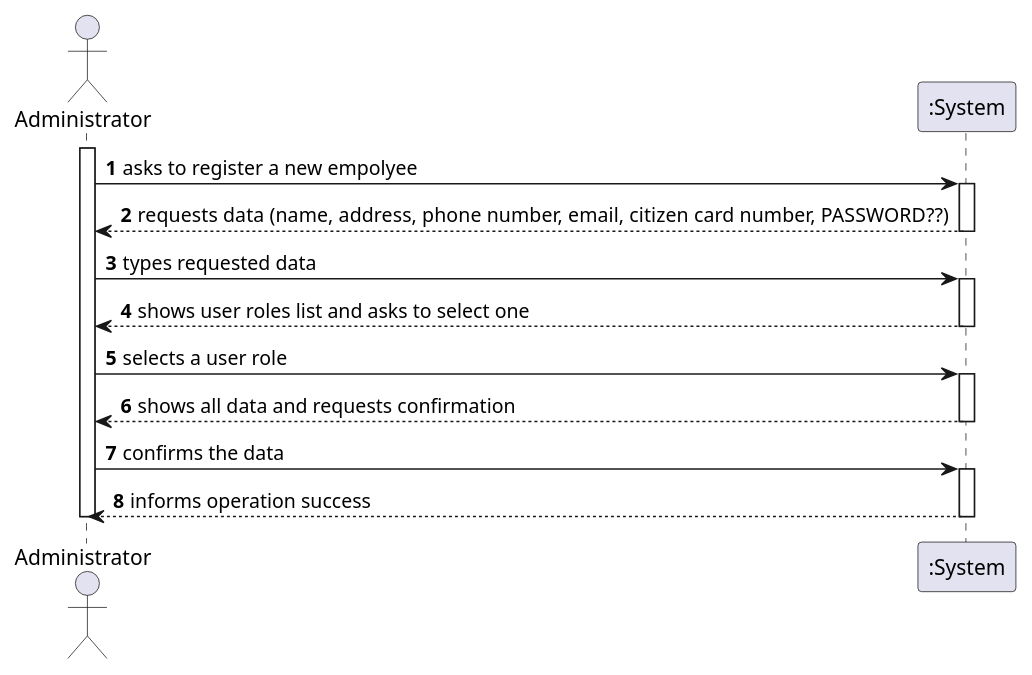
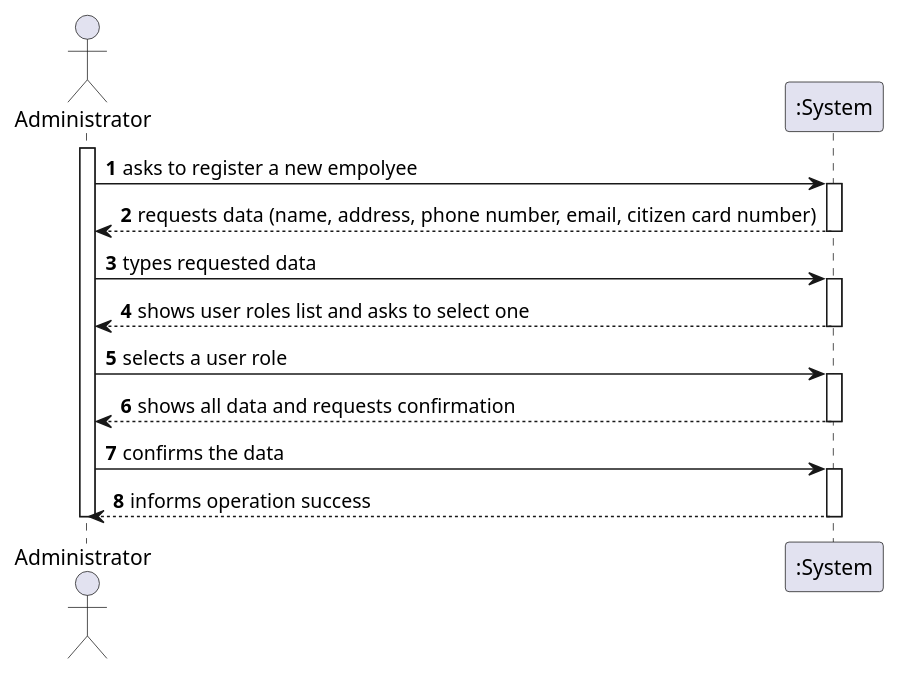
Before and after one commit to miseEnPlace-i/lapr2: the diagram in docs/SprintB/US10/SSD/US10_SSD.puml, drawn with PlantUML.

Commit message:
docs(us-10): updated ssd for random password

```diff
--- a/docs/SprintB/US10/SSD/US10_SSD.puml
+++ b/docs/SprintB/US10/SSD/US10_SSD.puml
@@ -1,28 +1,28 @@
 @startuml US10_SSD
 autonumber
 actor "Administrator" as admin
 
 activate admin
 admin -> ":System" : asks to register a new empolyee
 activate ":System"
-":System" --> admin : requests data (name, address, phone number, email, citizen card number, PASSWORD??)
+":System" --> admin : requests data (name, address, phone number, email, citizen card number)
 deactivate ":System"
 
 admin -> ":System" : types requested data
 activate ":System"
 ":System" --> admin : shows user roles list and asks to select one
 deactivate ":System"
 
 admin -> ":System" : selects a user role
 activate ":System"
 ":System" --> admin : shows all data and requests confirmation
 deactivate ":System"
 
 admin -> ":System" : confirms the data
 activate ":System"
 ":System" --> admin : informs operation success
 deactivate ":System"
 
 deactivate admin
 
 @enduml
```
